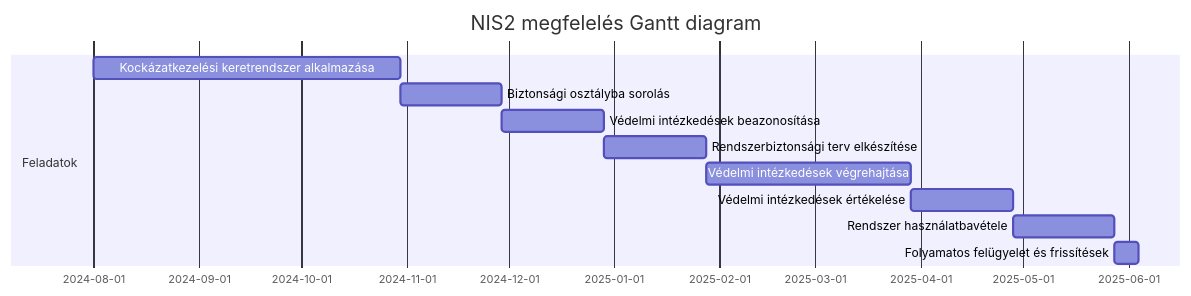
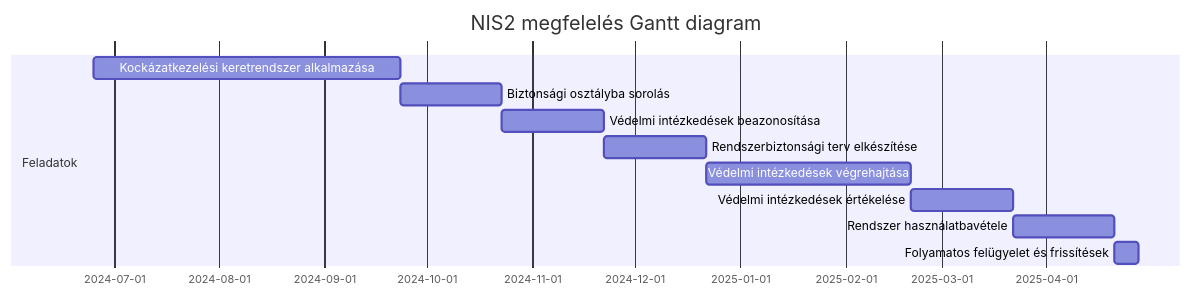
The first of 4 diagrams in NIS2-Mermaid.md (Lensver65/NIS2-keretrendszer), drawn with Mermaid before and after one commit.

````diff
--- a/NIS2-Mermaid.md
+++ b/NIS2-Mermaid.md
@@ -51,14 +51,14 @@
 ```mermaid
 gantt
     title NIS2 megfelelés Gantt diagram
     dateFormat  YYYY-MM-DD
     section Feladatok
-    Kockázatkezelési keretrendszer alkalmazása :T1, 2024-08-01, 90d
+    Kockázatkezelési keretrendszer alkalmazása :T1, 2024-06-25, 90d
     Biztonsági osztályba sorolás :T2, after T1, 30d
     Védelmi intézkedések beazonosítása :T3, after T2, 30d
     Rendszerbiztonsági terv elkészítése :T4, after T3, 30d
     Védelmi intézkedések végrehajtása :T5, after T4, 60d
     Védelmi intézkedések értékelése :T6, after T5, 30d
     Rendszer használatbavétele :T7, after T6, 30d
     Folyamatos felügyelet és frissítések :T8, after T7, 7d
 ```
````
